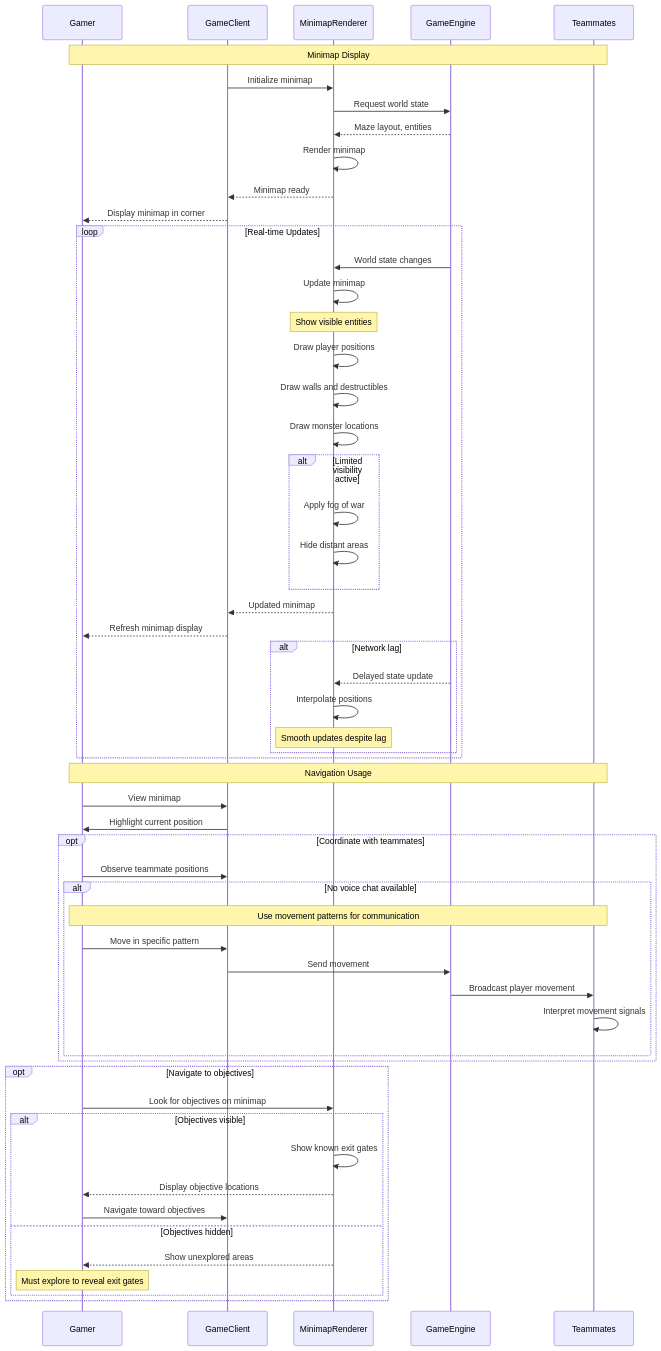
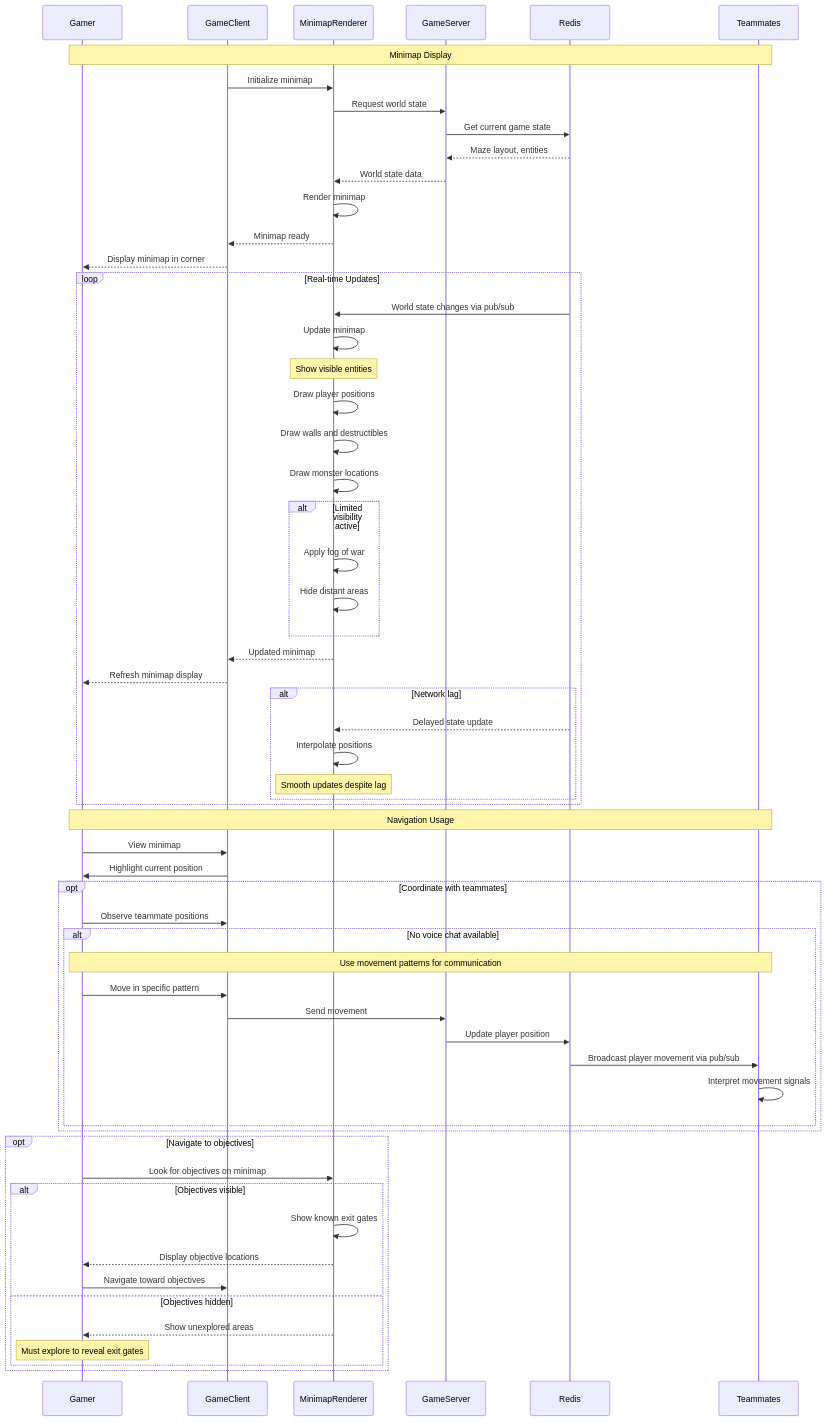
The diagram in docs/sequence-diagrams/gamer/uc-g007-use-minimap-navigation.md (alexmakeev/bomberman), drawn with Mermaid before and after one commit. The commit also changed 25 other files, not shown here.

First line of the commit message:
Implement unified event system architecture for maximum code reuse

````diff
--- a/docs/sequence-diagrams/gamer/uc-g007-use-minimap-navigation.md
+++ b/docs/sequence-diagrams/gamer/uc-g007-use-minimap-navigation.md
@@ -3,69 +3,73 @@
 ```mermaid
 sequenceDiagram
     participant Gamer
     participant GameClient
     participant MinimapRenderer
-    participant GameEngine
+    participant GameServer
+    participant Redis
     participant Teammates
 
     Note over Gamer,Teammates: Minimap Display
     GameClient->>MinimapRenderer: Initialize minimap
-    MinimapRenderer->>GameEngine: Request world state
-    GameEngine-->>MinimapRenderer: Maze layout, entities
+    MinimapRenderer->>GameServer: Request world state
+    GameServer->>Redis: Get current game state
+    Redis-->>GameServer: Maze layout, entities
+    GameServer-->>MinimapRenderer: World state data
     MinimapRenderer->>MinimapRenderer: Render minimap
     MinimapRenderer-->>GameClient: Minimap ready
     GameClient-->>Gamer: Display minimap in corner
 
     loop Real-time Updates
-        GameEngine->>MinimapRenderer: World state changes
+        Redis->>MinimapRenderer: World state changes via pub/sub
         MinimapRenderer->>MinimapRenderer: Update minimap
         
         Note over MinimapRenderer: Show visible entities
         MinimapRenderer->>MinimapRenderer: Draw player positions
         MinimapRenderer->>MinimapRenderer: Draw walls and destructibles
         MinimapRenderer->>MinimapRenderer: Draw monster locations
         
         alt Limited visibility active
             MinimapRenderer->>MinimapRenderer: Apply fog of war
             MinimapRenderer->>MinimapRenderer: Hide distant areas
         end
         
         MinimapRenderer-->>GameClient: Updated minimap
         GameClient-->>Gamer: Refresh minimap display
         
         alt Network lag
-            GameEngine-->>MinimapRenderer: Delayed state update
+            Redis-->>MinimapRenderer: Delayed state update
             MinimapRenderer->>MinimapRenderer: Interpolate positions
             Note over MinimapRenderer: Smooth updates despite lag
         end
     end
 
     Note over Gamer,Teammates: Navigation Usage
     Gamer->>GameClient: View minimap
     GameClient->>Gamer: Highlight current position
     
     opt Coordinate with teammates
         Gamer->>GameClient: Observe teammate positions
         
         alt No voice chat available
             Note over Gamer,Teammates: Use movement patterns for communication
             Gamer->>GameClient: Move in specific pattern
-            GameClient->>GameEngine: Send movement
-            GameEngine->>Teammates: Broadcast player movement
+            GameClient->>GameServer: Send movement
+            GameServer->>Redis: Update player position
+            Redis->>Teammates: Broadcast player movement via pub/sub
             Teammates->>Teammates: Interpret movement signals
         end
     end
 
     opt Navigate to objectives
         Gamer->>MinimapRenderer: Look for objectives on minimap
         
         alt Objectives visible
             MinimapRenderer->>MinimapRenderer: Show known exit gates
             MinimapRenderer-->>Gamer: Display objective locations
             Gamer->>GameClient: Navigate toward objectives
         else Objectives hidden
             MinimapRenderer-->>Gamer: Show unexplored areas
             Note over Gamer: Must explore to reveal exit gates
         end
     end
 ```
````
